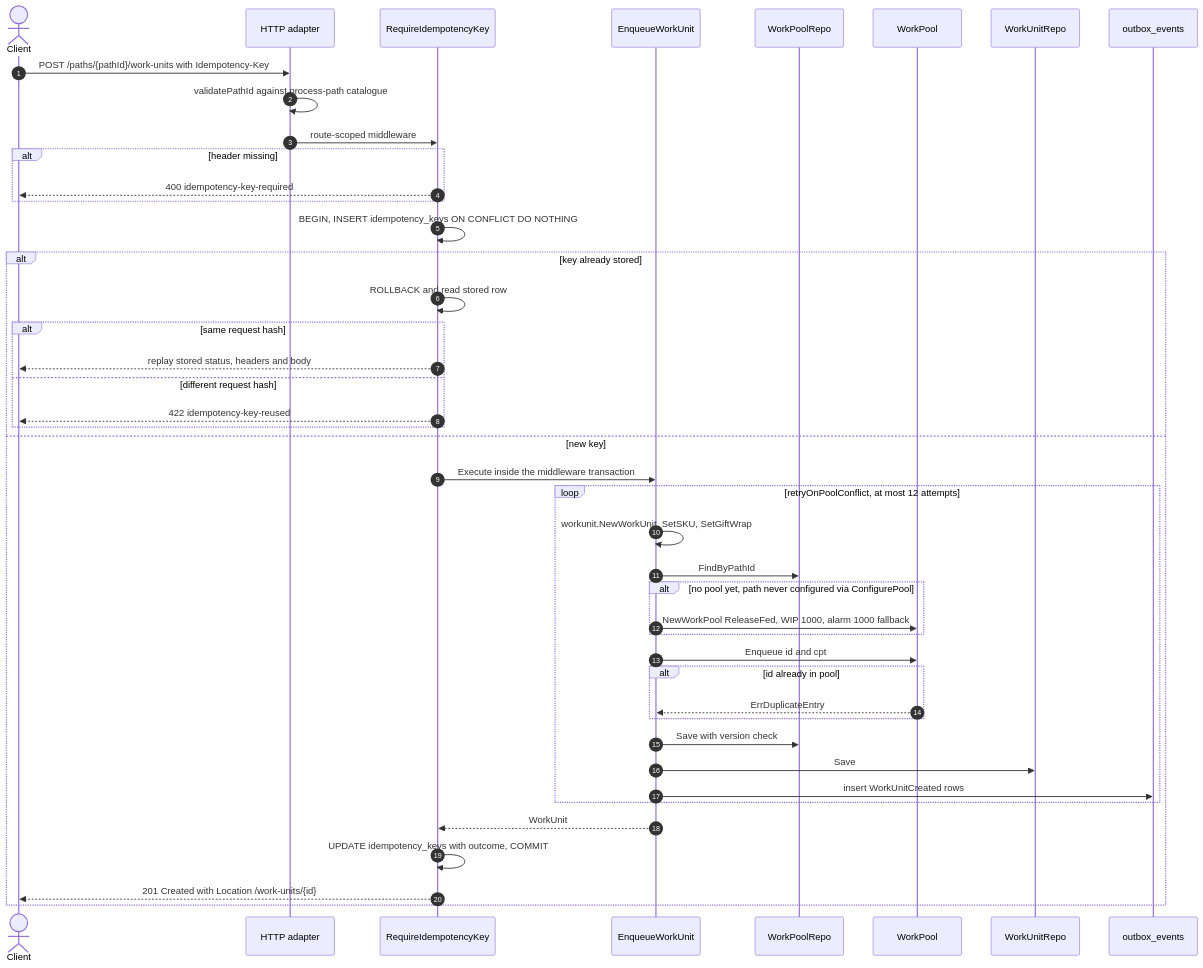
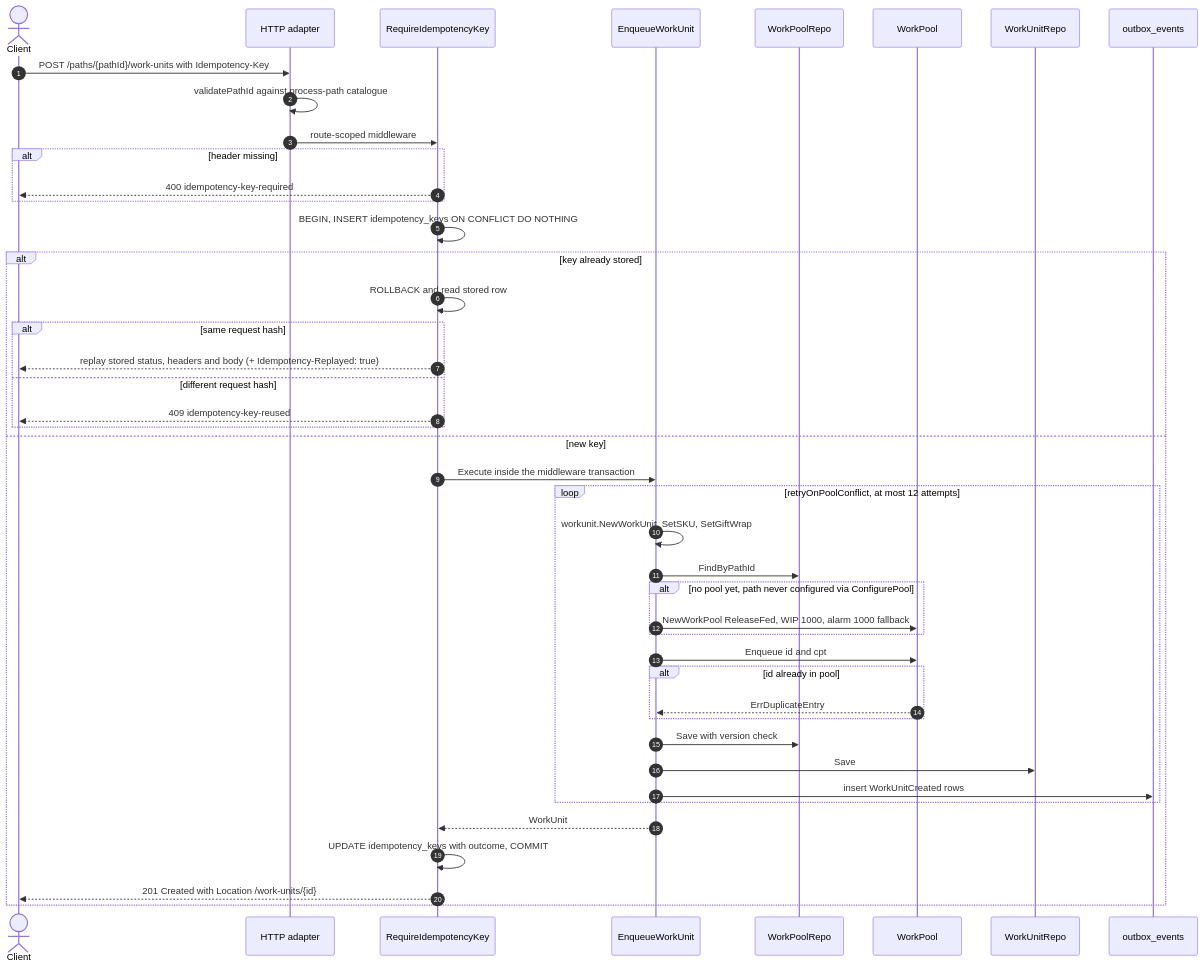
Before and after one commit to IQVO/wes-work-planning: the first of 11 diagrams in docs/docs/ddd/sequence-diagrams.md, drawn with Mermaid. The commit also changed other lines of this file and 29 other files, not shown here.

````diff
--- a/docs/docs/ddd/sequence-diagrams.md
+++ b/docs/docs/ddd/sequence-diagrams.md
@@ -33,47 +33,47 @@
 ```mermaid
 sequenceDiagram
     autonumber
     actor Client
     participant HTTP as HTTP adapter
     participant IDEM as RequireIdempotencyKey
     participant UC as EnqueueWorkUnit
     participant PoolRepo as WorkPoolRepo
     participant Pool as WorkPool
     participant UnitRepo as WorkUnitRepo
     participant Outbox as outbox_events
 
     Client->>HTTP: POST /paths/{pathId}/work-units with Idempotency-Key
     HTTP->>HTTP: validatePathId against process-path catalogue
     HTTP->>IDEM: route-scoped middleware
     alt header missing
         IDEM-->>Client: 400 idempotency-key-required
     end
     IDEM->>IDEM: BEGIN, INSERT idempotency_keys ON CONFLICT DO NOTHING
     alt key already stored
         IDEM->>IDEM: ROLLBACK and read stored row
         alt same request hash
-            IDEM-->>Client: replay stored status, headers and body
+            IDEM-->>Client: replay stored status, headers and body (+ Idempotency-Replayed: true)
         else different request hash
-            IDEM-->>Client: 422 idempotency-key-reused
+            IDEM-->>Client: 409 idempotency-key-reused
         end
     else new key
         IDEM->>UC: Execute inside the middleware transaction
         loop retryOnPoolConflict, at most 12 attempts
             UC->>UC: workunit.NewWorkUnit, SetSKU, SetGiftWrap
             UC->>PoolRepo: FindByPathId
             alt no pool yet, path never configured via ConfigurePool
                 UC->>Pool: NewWorkPool ReleaseFed, WIP 1000, alarm 1000 fallback
             end
             UC->>Pool: Enqueue id and cpt
             alt id already in pool
                 Pool-->>UC: ErrDuplicateEntry
             end
             UC->>PoolRepo: Save with version check
             UC->>UnitRepo: Save
             UC->>Outbox: insert WorkUnitCreated rows
         end
         UC-->>IDEM: WorkUnit
         IDEM->>IDEM: UPDATE idempotency_keys with outcome, COMMIT
         IDEM-->>Client: 201 Created with Location /work-units/{id}
     end
 ```
````
